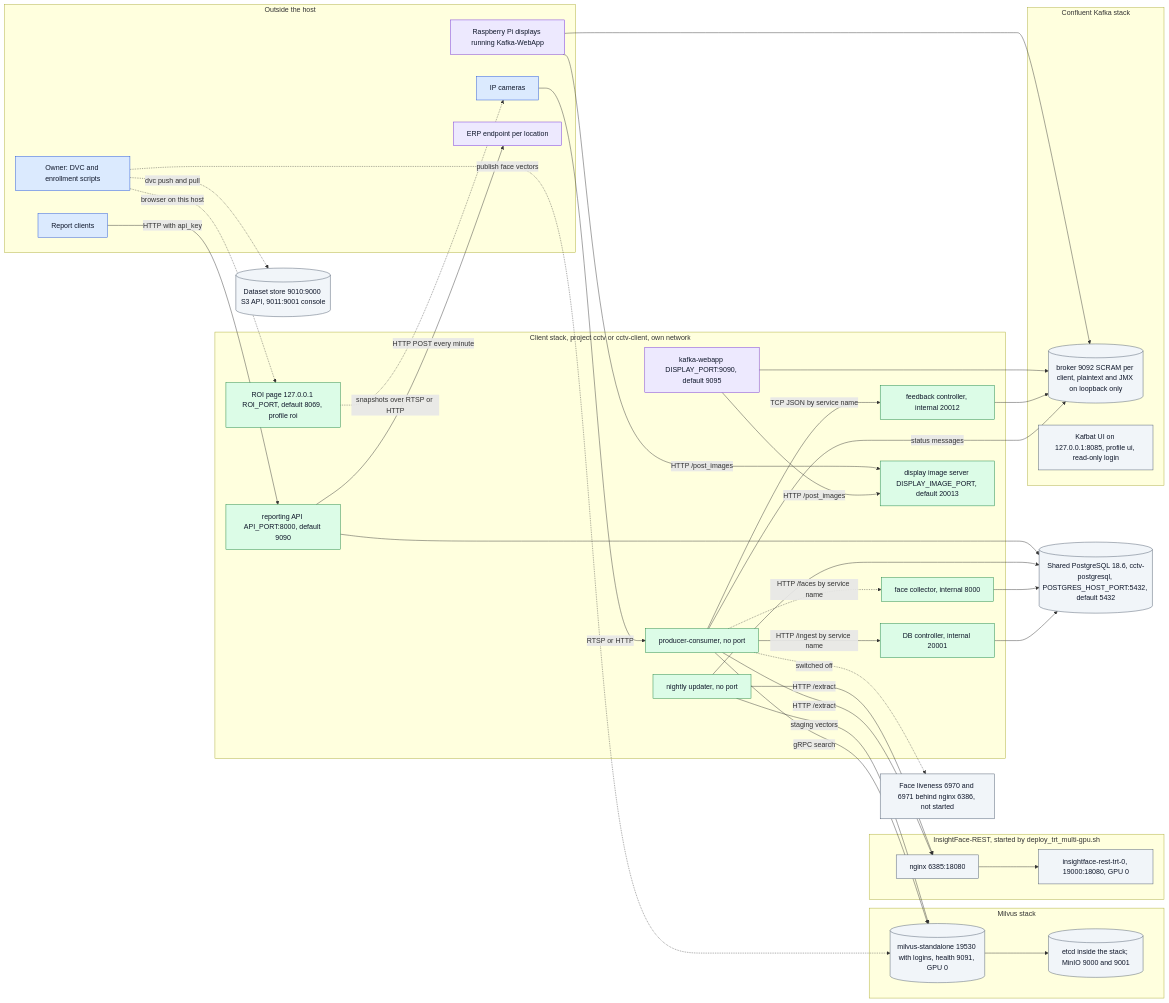
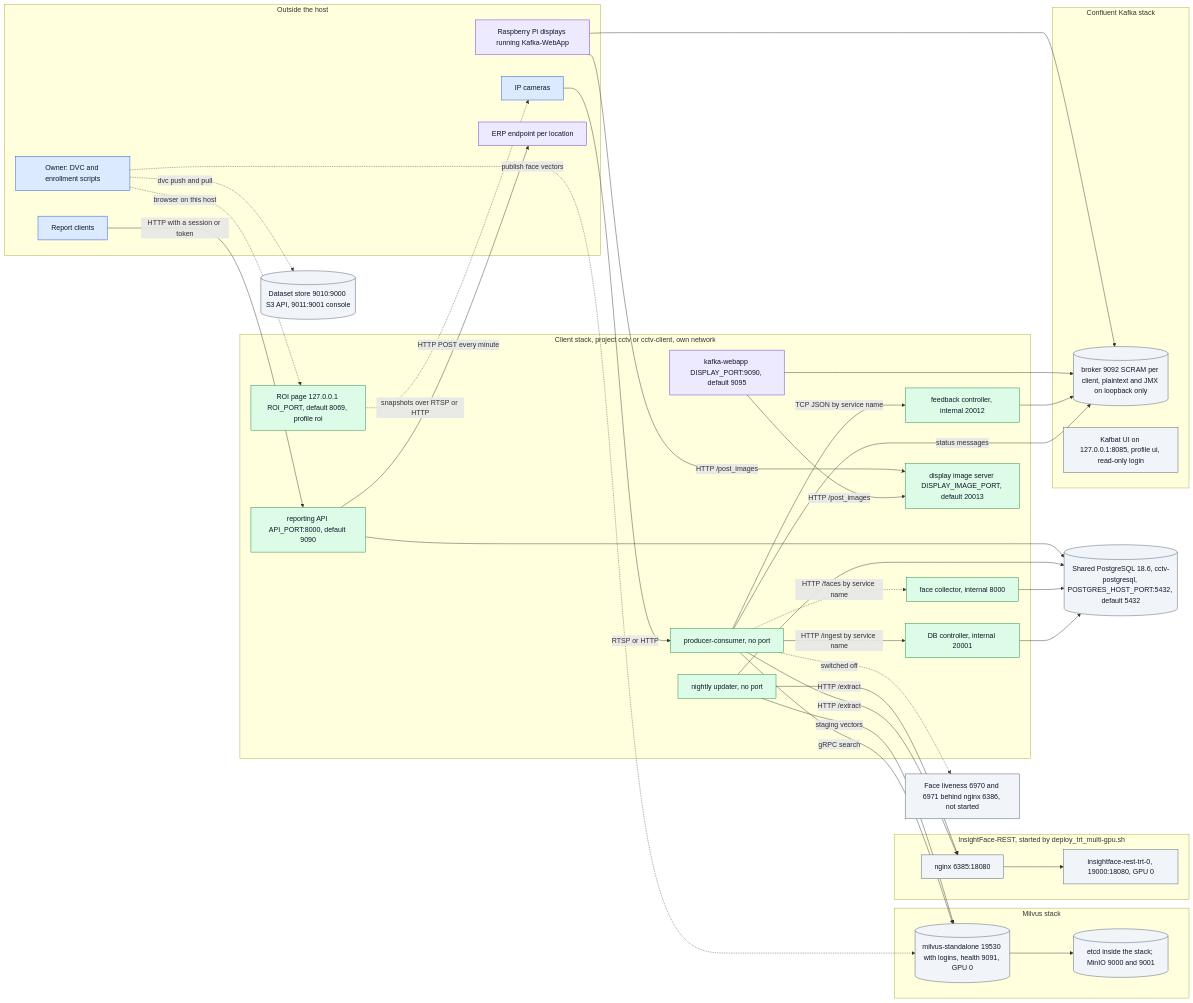
The first of 3 diagrams in docs/ARCHITECTURE.md (hamza-aziz-ai/CCTV-Face-Recognition-Attendance-System), drawn with Mermaid before and after one commit. The commit also changed other lines of this file and 13 other files, not shown here.

````diff
--- a/docs/ARCHITECTURE.md
+++ b/docs/ARCHITECTURE.md
@@ -56,70 +56,70 @@
 ```mermaid
 flowchart LR
     subgraph OUTSIDE["`Outside the host`"]
         CAM["`IP cameras`"]:::entry
         CL["`Report clients`"]:::entry
         OWN["`Owner: DVC and enrollment scripts`"]:::entry
         PI["`Raspberry Pi displays running Kafka-WebApp`"]:::outcome
         ERP["`ERP endpoint per location`"]:::outcome
     end
     subgraph MAIN["`Client stack, project cctv or cctv-client, own network`"]
         PC["`producer-consumer, no port`"]:::step
         DBC["`DB controller, internal 20001`"]:::step
         FBC["`feedback controller, internal 20012`"]:::step
         API["`reporting API API_PORT:8000, default 9090`"]:::step
         COL["`face collector, internal 8000`"]:::step
         UPD["`nightly updater, no port`"]:::step
         DISP["`display image server DISPLAY_IMAGE_PORT, default 20013`"]:::step
         KW["`kafka-webapp DISPLAY_PORT:9090, default 9095`"]:::outcome
         ROI["`ROI page 127.0.0.1 ROI_PORT, default 8069, profile roi`"]:::step
     end
     PG[("`Shared PostgreSQL 18.6, cctv-postgresql, POSTGRES_HOST_PORT:5432, default 5432`")]:::store
     subgraph IFS["`InsightFace-REST, started by deploy_trt_multi-gpu.sh`"]
         NGX["`nginx 6385:18080`"]:::store
         IFR["`insightface-rest-trt-0, 19000:18080, GPU 0`"]:::store
     end
     subgraph MILVUS["`Milvus stack`"]
         MV[("`milvus-standalone 19530 with logins, health 9091, GPU 0`")]:::store
         META[("`etcd inside the stack; MinIO 9000 and 9001`")]:::store
     end
     subgraph KAFKA["`Confluent Kafka stack`"]
         BRK[("`broker 9092 SCRAM per client, plaintext and JMX on loopback only`")]:::store
         EXTRA["`Kafbat UI on 127.0.0.1:8085, profile ui, read-only login`"]:::store
     end
     DS[("`Dataset store 9010:9000 S3 API, 9011:9001 console`")]:::store
     LIV["`Face liveness 6970 and 6971 behind nginx 6386, not started`"]:::store
 
     CAM -->|"`RTSP or HTTP`"| PC
     PC -->|"`HTTP /extract`"| NGX --> IFR
     PC -->|"`gRPC search`"| MV
     PC -->|"`HTTP /ingest by service name`"| DBC
     PC -->|"`TCP JSON by service name`"| FBC
     PC -->|"`status messages`"| BRK
     PC -.->|"`HTTP /faces by service name`"| COL
     PC -.->|"`switched off`"| LIV
     DBC --> PG
     COL --> PG
     UPD --> PG
     API --> PG
     UPD -->|"`HTTP /extract`"| NGX
     UPD -->|"`staging vectors`"| MV
     MV --> META
     FBC --> BRK
     KW --> BRK
     KW -->|"`HTTP /post_images`"| DISP
     PI --> BRK
     PI -->|"`HTTP /post_images`"| DISP
-    CL -->|"`HTTP with api_key`"| API
+    CL -->|"`HTTP with a session or token`"| API
     API -->|"`HTTP POST every minute`"| ERP
     OWN -.->|"`dvc push and pull`"| DS
     OWN -.->|"`publish face vectors`"| MV
     OWN -.->|"`browser on this host`"| ROI
     ROI -.->|"`snapshots over RTSP or HTTP`"| CAM
 
     classDef entry fill:#dbeafe,stroke:#1d4ed8,color:#0f172a
     classDef step fill:#dcfce7,stroke:#15803d,color:#0f172a
     classDef decision fill:#fef3c7,stroke:#b45309,color:#0f172a
     classDef outcome fill:#ede9fe,stroke:#6d28d9,color:#0f172a
     classDef error fill:#fee2e2,stroke:#b91c1c,color:#0f172a
     classDef store fill:#f1f5f9,stroke:#475569,color:#0f172a
 ```
````
